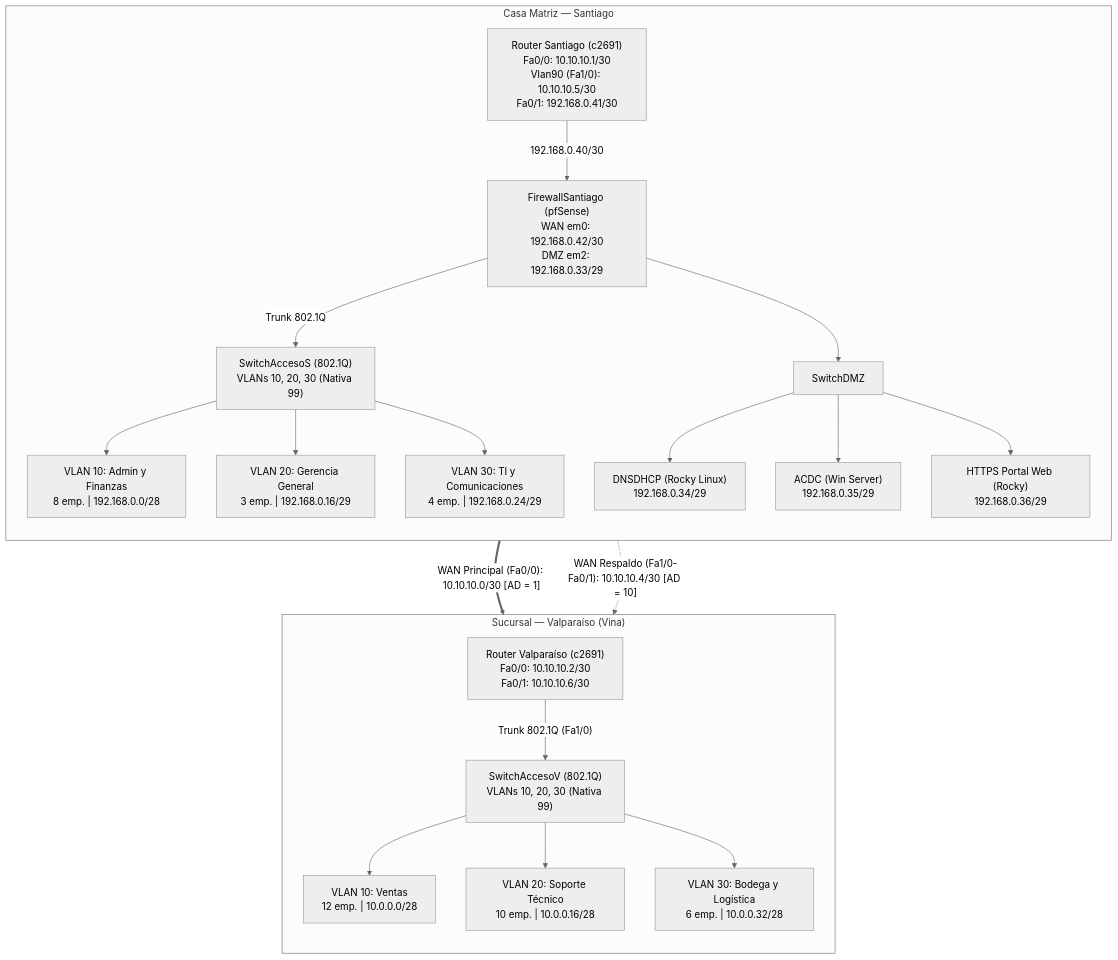
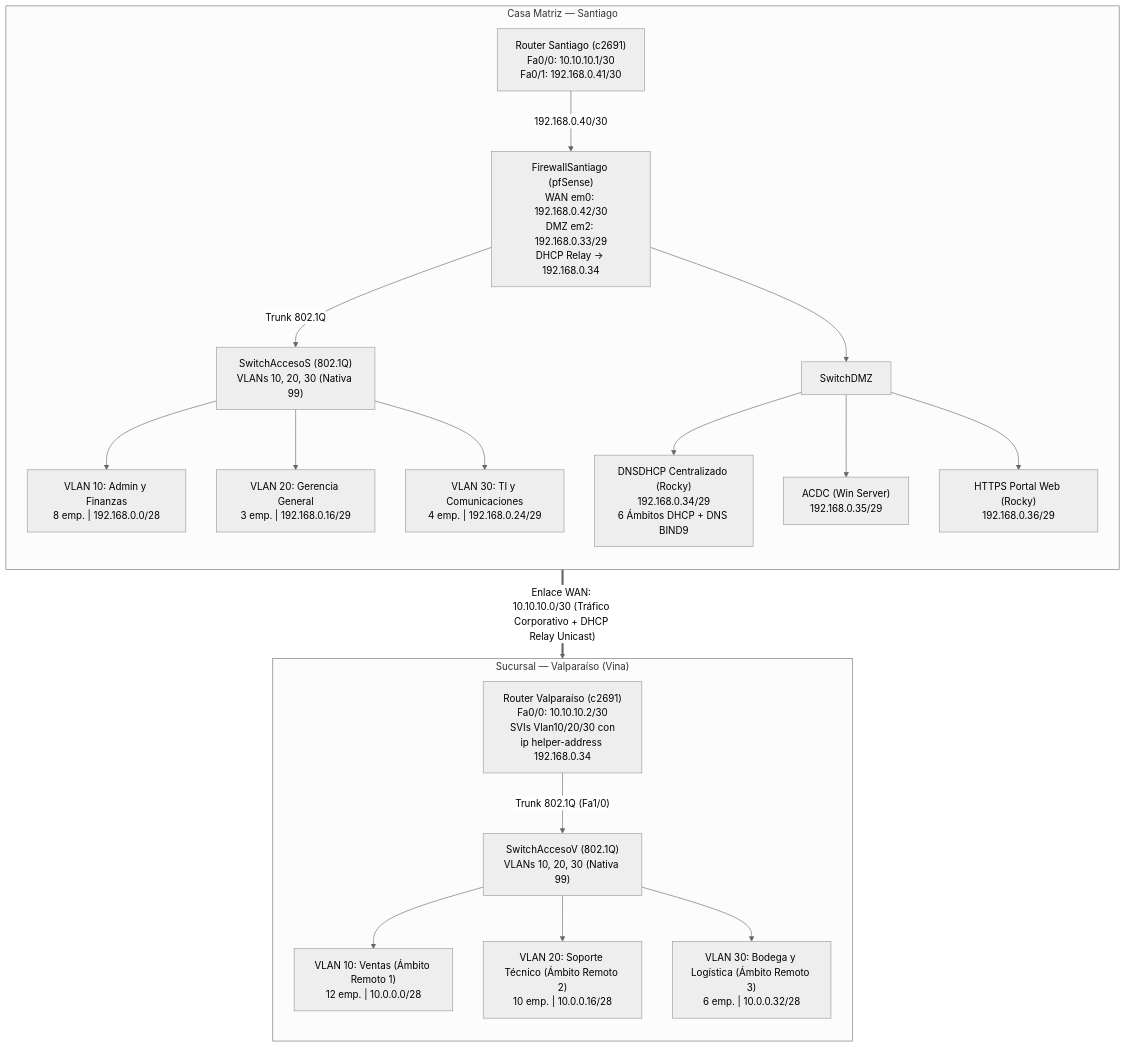
Before and after one commit to MarceloMejias/ProyectoTAS2026-9: the diagram in docs/arquitectura_y_vlsm.md, drawn with Mermaid (neutral theme). The commit also changed other lines of this file and 18 other files, not shown here.

Commit message:
feat: actualizar proyecto completo a Equipo 1 (DHCP centralizado entre sedes)

````diff
--- a/docs/arquitectura_y_vlsm.md
+++ b/docs/arquitectura_y_vlsm.md
@@ -5,46 +5,45 @@
 ```mermaid
 flowchart TB
     subgraph MATRIZ["Casa Matriz — Santiago"]
         direction TB
-        STGO["Router Santiago (c2691)<br/>Fa0/0: 10.10.10.1/30<br/>Vlan90 (Fa1/0): 10.10.10.5/30<br/>Fa0/1: 192.168.0.41/30"]
-        PFS["FirewallSantiago (pfSense)<br/>WAN em0: 192.168.0.42/30<br/>DMZ em2: 192.168.0.33/29"]
+        STGO["Router Santiago (c2691)<br/>Fa0/0: 10.10.10.1/30<br/>Fa0/1: 192.168.0.41/30"]
+        PFS["FirewallSantiago (pfSense)<br/>WAN em0: 192.168.0.42/30<br/>DMZ em2: 192.168.0.33/29<br/>DHCP Relay -> 192.168.0.34"]
         SWS["SwitchAccesoS (802.1Q)<br/>VLANs 10, 20, 30 (Nativa 99)"]
         SWDMZ["SwitchDMZ"]
 
         ADM["VLAN 10: Admin y Finanzas<br/>8 emp. | 192.168.0.0/28"]
         GER["VLAN 20: Gerencia General<br/>3 emp. | 192.168.0.16/29"]
         TI["VLAN 30: TI y Comunicaciones<br/>4 emp. | 192.168.0.24/29"]
 
-        DNSDHCP["DNSDHCP (Rocky Linux)<br/>192.168.0.34/29"]
+        DNSDHCP["DNSDHCP Centralizado (Rocky)<br/>192.168.0.34/29<br/>6 Ámbitos DHCP + DNS BIND9"]
         ACDC["ACDC (Win Server)<br/>192.168.0.35/29"]
         HTTPS["HTTPS Portal Web (Rocky)<br/>192.168.0.36/29"]
 
         STGO -- "192.168.0.40/30" --> PFS
         PFS -- "Trunk 802.1Q" --> SWS
         PFS --> SWDMZ
         SWS --> ADM
         SWS --> GER
         SWS --> TI
         SWDMZ --> DNSDHCP
         SWDMZ --> ACDC
         SWDMZ --> HTTPS
     end
 
     subgraph SUCURSAL["Sucursal — Valparaíso (Vina)"]
         direction TB
-        VALPO["Router Valparaíso (c2691)<br/>Fa0/0: 10.10.10.2/30<br/>Fa0/1: 10.10.10.6/30"]
+        VALPO["Router Valparaíso (c2691)<br/>Fa0/0: 10.10.10.2/30<br/>SVIs Vlan10/20/30 con<br/>ip helper-address 192.168.0.34"]
         SWV["SwitchAccesoV (802.1Q)<br/>VLANs 10, 20, 30 (Nativa 99)"]
 
-        VEN["VLAN 10: Ventas<br/>12 emp. | 10.0.0.0/28"]
-        SOP["VLAN 20: Soporte Técnico<br/>10 emp. | 10.0.0.16/28"]
-        BOD["VLAN 30: Bodega y Logística<br/>6 emp. | 10.0.0.32/28"]
+        VEN["VLAN 10: Ventas (Ámbito Remoto 1)<br/>12 emp. | 10.0.0.0/28"]
+        SOP["VLAN 20: Soporte Técnico (Ámbito Remoto 2)<br/>10 emp. | 10.0.0.16/28"]
+        BOD["VLAN 30: Bodega y Logística (Ámbito Remoto 3)<br/>6 emp. | 10.0.0.32/28"]
 
         VALPO -- "Trunk 802.1Q (Fa1/0)" --> SWV
         SWV --> VEN
         SWV --> SOP
         SWV --> BOD
     end
 
-    STGO == "WAN Principal (Fa0/0): 10.10.10.0/30 [AD = 1]" ==> VALPO
-    STGO -. "WAN Respaldo (Fa1/0-Fa0/1): 10.10.10.4/30 [AD = 10]" .-> VALPO
+    STGO == "Enlace WAN: 10.10.10.0/30 (Tráfico Corporativo + DHCP Relay Unicast)" ==> VALPO
 ```
````
